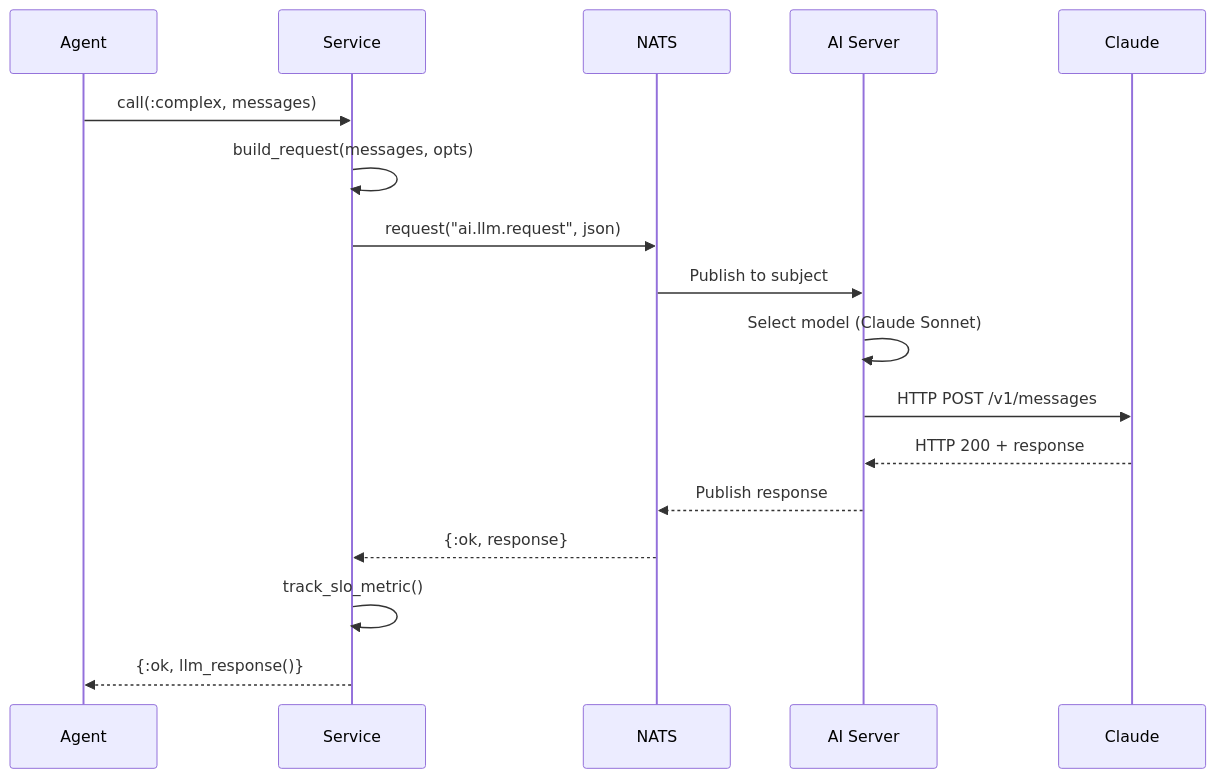
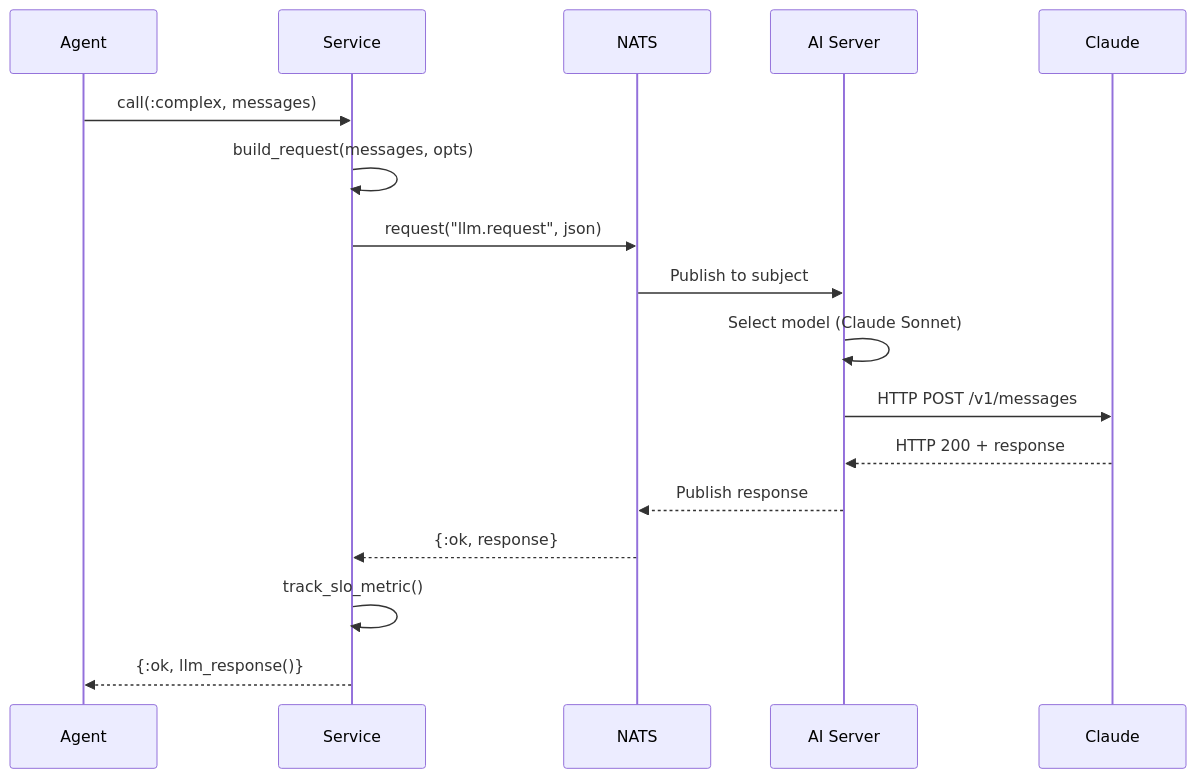
One commit to mikkihugo/ex_llm changed the third of 6 diagrams in docs/guides/OPTIMAL_AI_DOCUMENTATION_PATTERN.md. Above: the diagram before and after it, drawn with Mermaid. The commit also changed other lines of this file and 9 other files, not shown here.

````diff
--- a/docs/guides/OPTIMAL_AI_DOCUMENTATION_PATTERN.md
+++ b/docs/guides/OPTIMAL_AI_DOCUMENTATION_PATTERN.md
@@ -158,20 +158,20 @@
 ```mermaid
 sequenceDiagram
     participant Agent
     participant Service
     participant NATS
     participant AI Server
     participant Claude
 
     Agent->>Service: call(:complex, messages)
     Service->>Service: build_request(messages, opts)
-    Service->>NATS: request("ai.llm.request", json)
+    Service->>NATS: request("llm.request", json)
     NATS->>AI Server: Publish to subject
     AI Server->>AI Server: Select model (Claude Sonnet)
     AI Server->>Claude: HTTP POST /v1/messages
     Claude-->>AI Server: HTTP 200 + response
     AI Server-->>NATS: Publish response
     NATS-->>Service: {:ok, response}
     Service->>Service: track_slo_metric()
     Service-->>Agent: {:ok, llm_response()}
 ```
````
